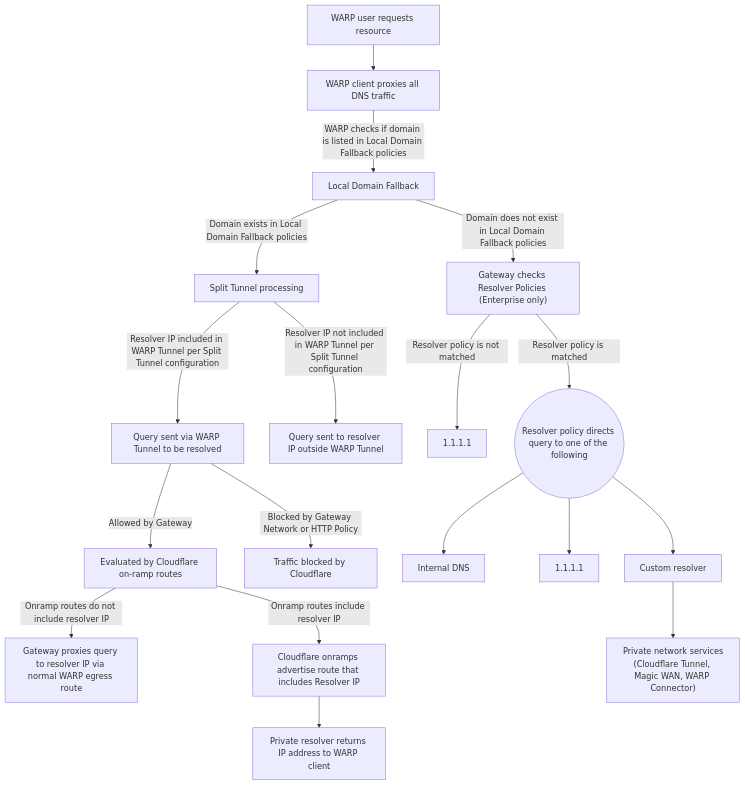
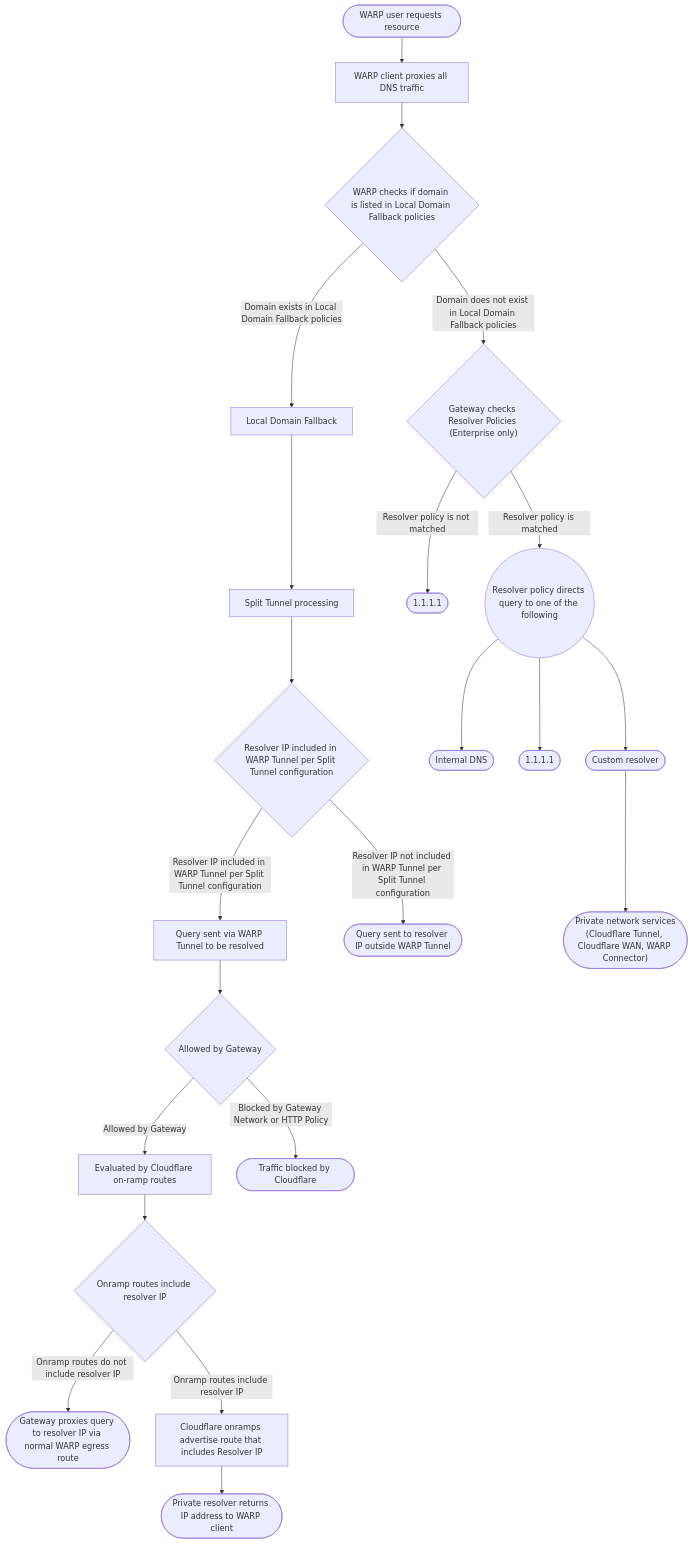
The diagram in vault/packages/cloudflare/latest/contents/cloudflare-one/team-and-resources/devices/warp/configure-warp/route-traffic/index.mdx (olorehq/olore), drawn with Mermaid before and after one commit. The commit also changed other lines of this file and 2150 other files, not shown here.

````diff
--- a/vault/packages/cloudflare/latest/contents/cloudflare-one/team-and-resources/devices/warp/configure-warp/route-traffic/index.mdx
+++ b/vault/packages/cloudflare/latest/contents/cloudflare-one/team-and-resources/devices/warp/configure-warp/route-traffic/index.mdx
@@ -30,30 +30,38 @@
 ```mermaid
 flowchart TD
-    A["WARP user requests resource"] --> B["WARP client proxies all DNS traffic"]
-    B -- WARP checks if domain is listed in Local Domain Fallback policies --> C["Local Domain Fallback"]
+    %% Accessibility
+    accTitle: How the WARP client handles DNS requests
+    accDescr: Flowchart describing how the WARP client routes DNS queries when using Local Domain Fallback, Split Tunnels, and Gateway resolver policies.
+
+    A(["WARP user requests resource"]) --> B["WARP client proxies all DNS traffic"]
+    B --> LDFCHK{"WARP checks if domain is listed in Local Domain Fallback policies"}
 
     %% Left branch (LDF exists)
-    C -- Domain exists in Local Domain Fallback policies --> ST["Split Tunnel processing"]
+    LDFCHK -- Domain exists in Local Domain Fallback policies --> C["Local Domain Fallback"]
+    C --> ST["Split Tunnel processing"]
 
-    ST -- Resolver IP included in WARP Tunnel per Split Tunnel configuration --> QW["Query sent via WARP Tunnel to be resolved"]
-    ST -- Resolver IP not included in WARP Tunnel per Split Tunnel configuration --> QO["Query sent to resolver IP outside WARP Tunnel"]
+    ST --> STCHK{"Resolver IP included in WARP Tunnel per Split Tunnel configuration"}
+    STCHK -- Resolver IP included in WARP Tunnel per Split Tunnel configuration --> QW["Query sent via WARP Tunnel to be resolved"]
+    STCHK -- Resolver IP not included in WARP Tunnel per Split Tunnel configuration --> QO(["Query sent to resolver IP outside WARP Tunnel"])
 
     %% Gateway evaluation after query via WARP
-    QW -- Allowed by Gateway --> OR["Evaluated by Cloudflare on-ramp routes"]
-    QW -- Blocked by Gateway Network or HTTP Policy --> BLK["Traffic blocked by Cloudflare"]
+    QW --> GWALLOW{"Allowed by Gateway"}
+    GWALLOW -- Allowed by Gateway --> OR["Evaluated by Cloudflare on-ramp routes"]
+    GWALLOW -- Blocked by Gateway Network or HTTP Policy --> BLK(["Traffic blocked by Cloudflare"])
 
-    OR -- Onramp routes do not include resolver IP --> GP["Gateway proxies query to resolver IP via normal WARP egress route"]
-    OR -- Onramp routes include resolver IP --> ADV["Cloudflare onramps advertise route that includes Resolver IP"]
-    ADV --> PR["Private resolver returns IP address to WARP client"]
+    OR --> ORCHK{"Onramp routes include resolver IP"}
+    ORCHK -- Onramp routes do not include resolver IP --> GP(["Gateway proxies query to resolver IP via normal WARP egress route"])
+    ORCHK -- Onramp routes include resolver IP --> ADV["Cloudflare onramps advertise route that includes Resolver IP"]
+    ADV --> PR(["Private resolver returns IP address to WARP client"])
 
     %% Right branch (no LDF match)
-    C -- Domain does not exist in Local Domain Fallback policies --> GWR["Gateway checks Resolver Policies (Enterprise only)"]
+    LDFCHK -- Domain does not exist in Local Domain Fallback policies --> GWR{"Gateway checks Resolver Policies (Enterprise only)"}
 
-    GWR -- Resolver policy is not matched --> C1111a["1.1.1.1"]
+    GWR -- Resolver policy is not matched --> C1111a(["1.1.1.1"])
 
-    GWR -- Resolver policy is matched --> MATCH((Resolver policy directs query to one of the following))
-    MATCH --> IDNS["Internal DNS"]
-    MATCH --> C1111b["1.1.1.1"]
-    MATCH --> CUST["Custom resolver"]
-    CUST --> PNS["Private network services<br>(Cloudflare Tunnel, Magic WAN, WARP Connector)"]
+    GWR -- Resolver policy is matched --> MATCH(("Resolver policy directs query to one of the following"))
+    MATCH --> IDNS(["Internal DNS"])
+    MATCH --> C1111b(["1.1.1.1"])
+    MATCH --> CUST(["Custom resolver"])
+    CUST --> PNS(["Private network services<br>(Cloudflare Tunnel, Cloudflare WAN, WARP Connector)"])
 ```
````
